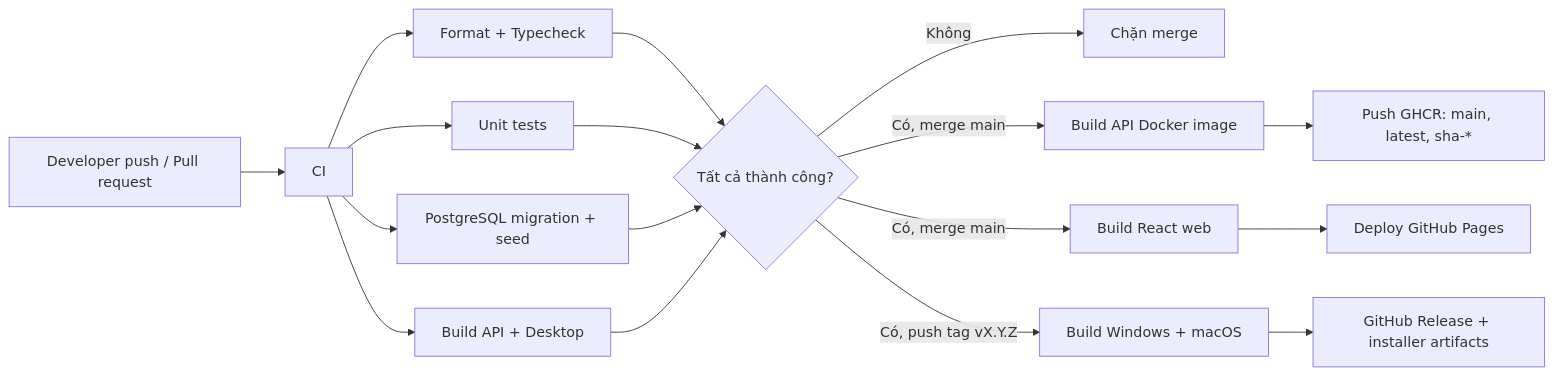
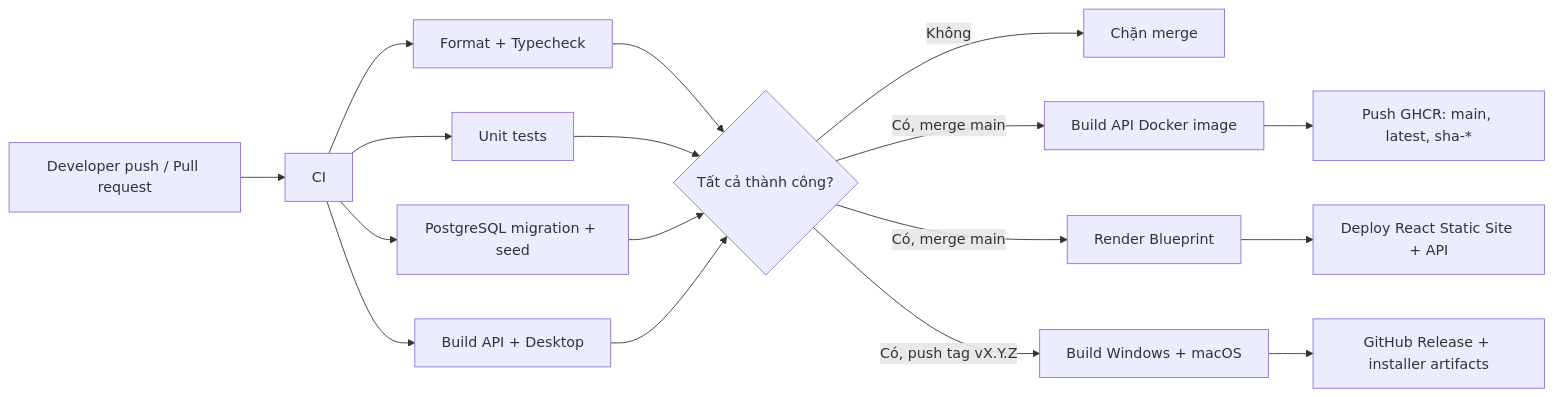
Before and after one commit to tuyen12081707/inventory-desktop-suite-source: the diagram in docs/CICD.md, drawn with Mermaid. The commit also changed other lines of this file and 5 other files, not shown here.

Commit message:
feat: deploy private web app on Render static site

````diff
--- a/docs/CICD.md
+++ b/docs/CICD.md
@@ -5,19 +5,19 @@
 ```mermaid
 flowchart LR
   A["Developer push / Pull request"] --> B["CI"]
   B --> B1["Format + Typecheck"]
   B --> B2["Unit tests"]
   B --> B3["PostgreSQL migration + seed"]
   B --> B4["Build API + Desktop"]
   B1 --> C{"Tất cả thành công?"}
   B2 --> C
   B3 --> C
   B4 --> C
   C -- "Không" --> D["Chặn merge"]
   C -- "Có, merge main" --> E["Build API Docker image"]
   E --> F["Push GHCR: main, latest, sha-*"]
-  C -- "Có, merge main" --> I["Build React web"]
-  I --> J["Deploy GitHub Pages"]
+  C -- "Có, merge main" --> I["Render Blueprint"]
+  I --> J["Deploy React Static Site + API"]
   C -- "Có, push tag vX.Y.Z" --> G["Build Windows + macOS"]
   G --> H["GitHub Release + installer artifacts"]
 ```
````
